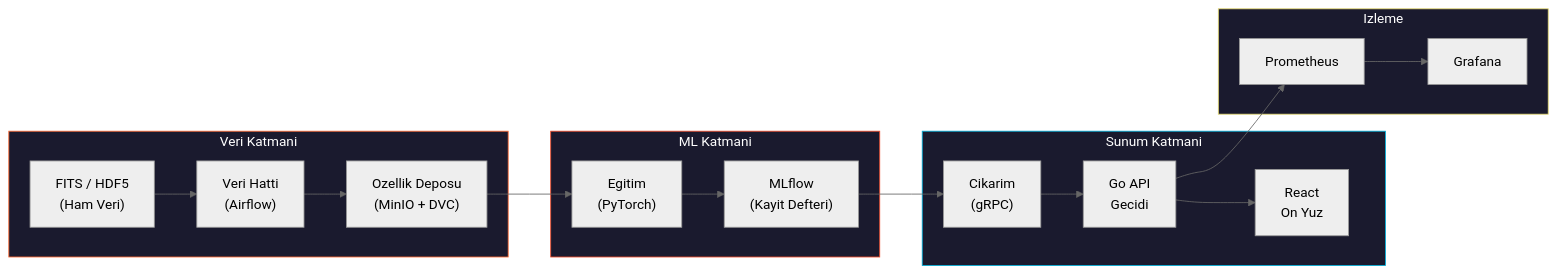
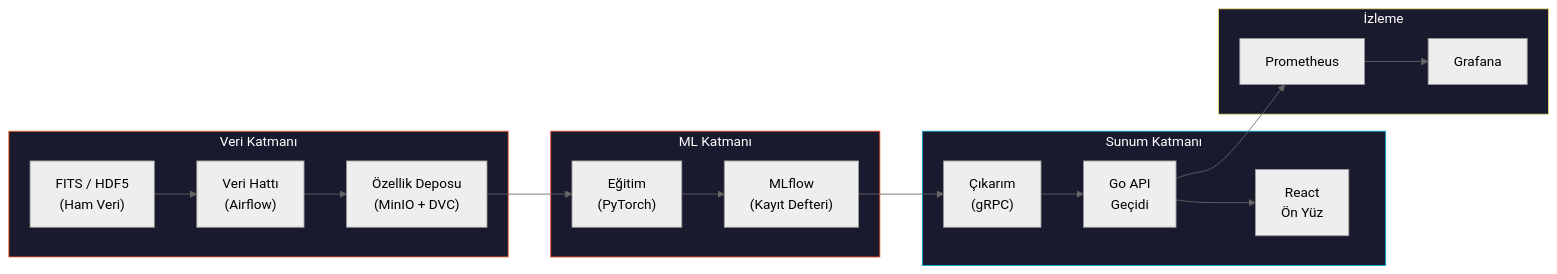
One commit to Octapull/deephorizon changed the first of 3 diagrams in README_TR.md. Above: the diagram before and after it, drawn with Mermaid (neutral theme). The commit also changed other lines of this file, not shown here.

````diff
--- a/README_TR.md
+++ b/README_TR.md
@@ -169,28 +169,28 @@
 ```mermaid
 flowchart LR
-    subgraph Ingest ["Veri Katmani"]
-        A["FITS / HDF5\n(Ham Veri)"] --> B["Veri Hatti\n(Airflow)"]
-        B --> C["Ozellik Deposu\n(MinIO + DVC)"]
+    subgraph Ingest ["Veri Katmanı"]
+        A["FITS / HDF5\n(Ham Veri)"] --> B["Veri Hattı\n(Airflow)"]
+        B --> C["Özellik Deposu\n(MinIO + DVC)"]
     end
 
-    subgraph ML ["ML Katmani"]
-        C --> D["Egitim\n(PyTorch)"]
-        D --> E["MLflow\n(Kayit Defteri)"]
+    subgraph ML ["ML Katmanı"]
+        C --> D["Eğitim\n(PyTorch)"]
+        D --> E["MLflow\n(Kayıt Defteri)"]
     end
 
-    subgraph Serve ["Sunum Katmani"]
-        E --> F["Cikarim\n(gRPC)"]
-        F --> G["Go API\nGecidi"]
-        G --> H["React\nOn Yuz"]
+    subgraph Serve ["Sunum Katmanı"]
+        E --> F["Çıkarım\n(gRPC)"]
+        F --> G["Go API\nGeçidi"]
+        G --> H["React\nÖn Yüz"]
     end
 
-    subgraph Monitor ["Izleme"]
+    subgraph Monitor ["İzleme"]
         G --> I["Prometheus"]
         I --> J["Grafana"]
     end
 
     style Ingest fill:#1a1a2e,stroke:#FF6B35,color:#fff
     style ML fill:#1a1a2e,stroke:#EE4C2C,color:#fff
     style Serve fill:#1a1a2e,stroke:#00ADD8,color:#fff
     style Monitor fill:#1a1a2e,stroke:#E6DB74,color:#fff
 ```
````
